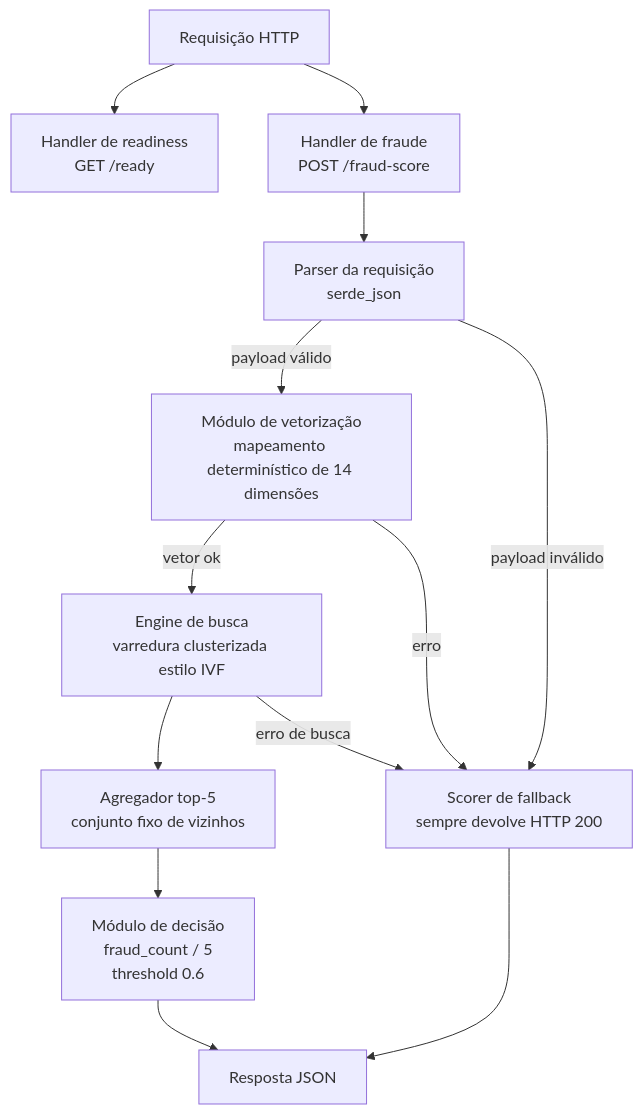
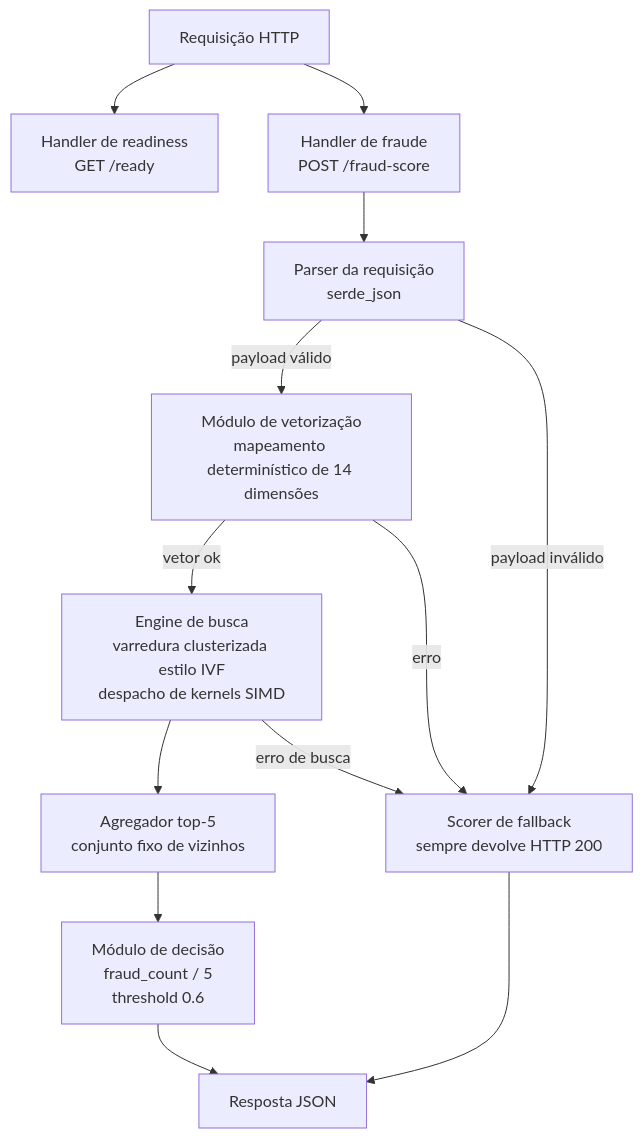
The third of 5 diagrams in docs/br/IMPLEMENTACAO_C4.md (rwebler/rinha-de-backend-2026), drawn with Mermaid before and after one commit. The commit also changed other lines of this file and 4 other files, not shown here.

````diff
--- a/docs/br/IMPLEMENTACAO_C4.md
+++ b/docs/br/IMPLEMENTACAO_C4.md
@@ -63,26 +63,26 @@
 ```mermaid
 flowchart TD
     req[Requisição HTTP]
     ready[Handler de readiness<br/>GET /ready]
     score[Handler de fraude<br/>POST /fraud-score]
     parse[Parser da requisição<br/>serde_json]
     vectorize[Módulo de vetorização<br/>mapeamento determinístico de 14 dimensões]
-    engine[Engine de busca<br/>varredura clusterizada estilo IVF]
+    engine[Engine de busca<br/>varredura clusterizada estilo IVF<br/>despacho de kernels SIMD]
     topk[Agregador top-5<br/>conjunto fixo de vizinhos]
     decision[Módulo de decisão<br/>fraud_count / 5<br/>threshold 0.6]
     fallback[Scorer de fallback<br/>sempre devolve HTTP 200]
     resp[Resposta JSON]
 
     req --> ready
     req --> score
     score --> parse
     parse -->|payload válido| vectorize
     parse -->|payload inválido| fallback
     vectorize -->|vetor ok| engine
     vectorize -->|erro| fallback
     engine --> topk
     engine -->|erro de busca| fallback
     topk --> decision
     decision --> resp
     fallback --> resp
 ```
````
